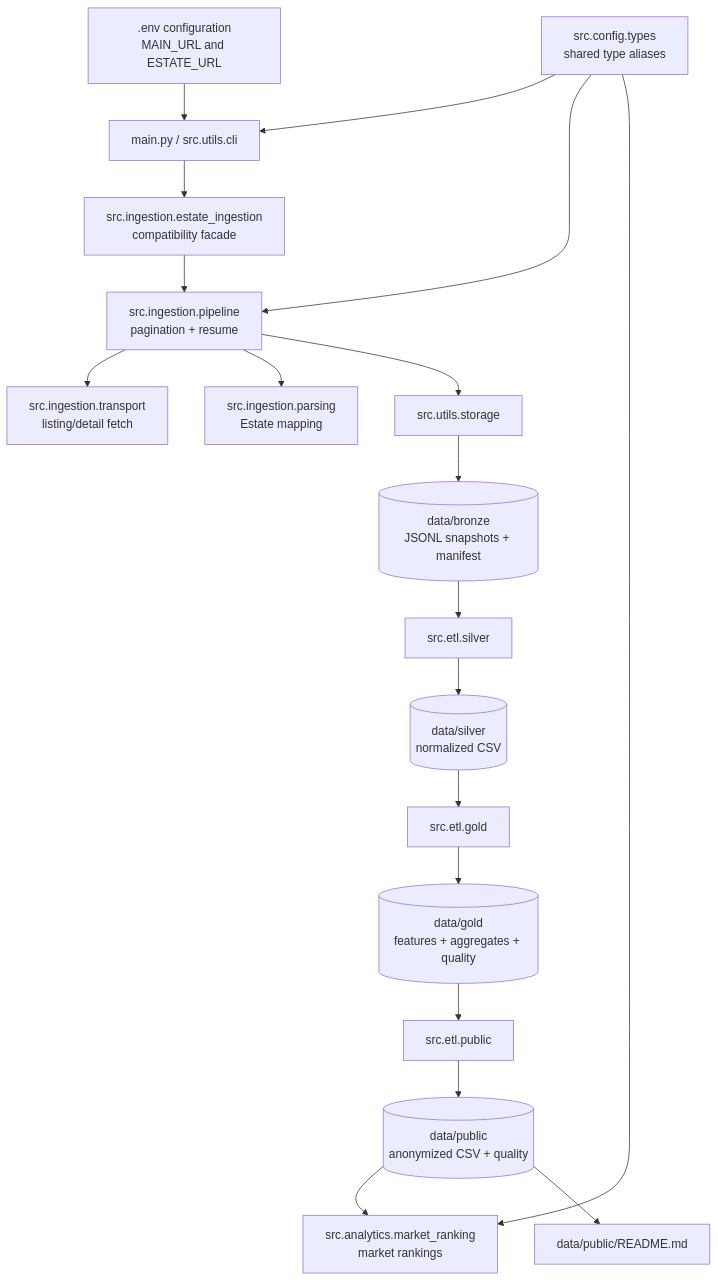
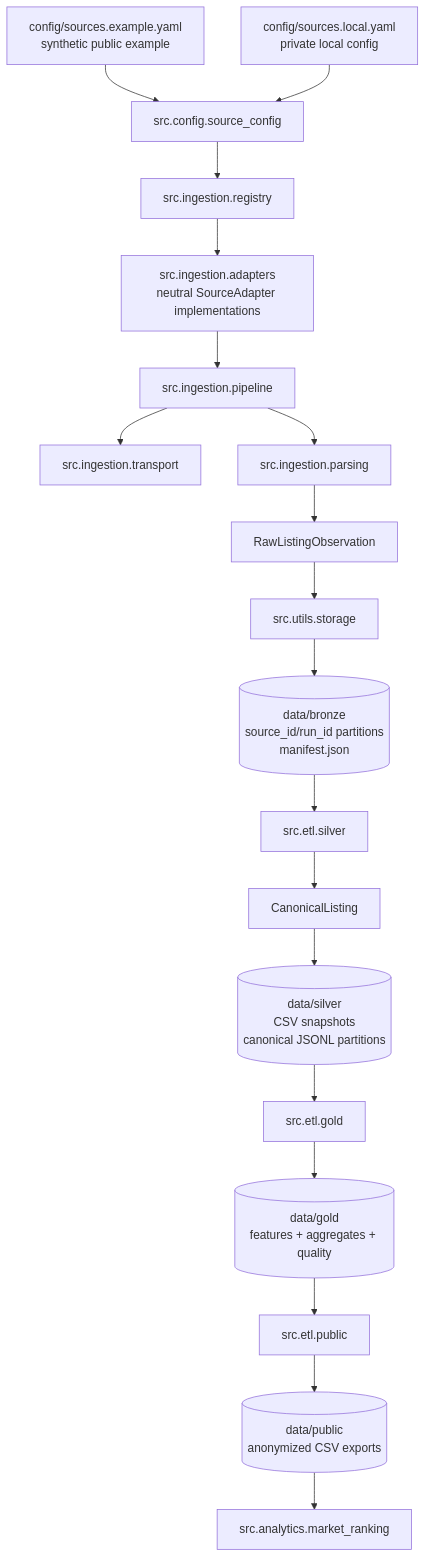
The diagram in docs/data-pipeline.md (bi3lu/polish-real-estate-price-aggregates), drawn with Mermaid before and after one commit. The commit also changed other lines of this file and 49 other files, not shown here.

````diff
--- a/docs/data-pipeline.md
+++ b/docs/data-pipeline.md
@@ -3,39 +3,41 @@
 ```mermaid
 flowchart TD
-    env[.env configuration<br/>MAIN_URL and ESTATE_URL]
-    config_types[src.config.types<br/>shared type aliases]
-    cli[main.py / src.utils.cli]
-    ingestion[src.ingestion.estate_ingestion<br/>compatibility facade]
-    ingestion_pipeline[src.ingestion.pipeline<br/>pagination + resume]
-    ingestion_transport[src.ingestion.transport<br/>listing/detail fetch]
-    ingestion_parsing[src.ingestion.parsing<br/>Estate mapping]
+    example_config[config/sources.example.yaml<br/>synthetic public example]
+    local_config[config/sources.local.yaml<br/>private local config]
+    config_loader[src.config.source_config]
+    registry[src.ingestion.registry]
+    adapters[src.ingestion.adapters<br/>neutral SourceAdapter implementations]
+    pipeline[src.ingestion.pipeline]
+    transport[src.ingestion.transport]
+    parsing[src.ingestion.parsing]
+    raw_model[RawListingObservation]
     bronze_storage[src.utils.storage]
-    bronze[(data/bronze<br/>JSONL snapshots + manifest)]
+    bronze[(data/bronze<br/>source_id/run_id partitions<br/>manifest.json)]
     silver_etl[src.etl.silver]
-    silver[(data/silver<br/>normalized CSV)]
+    canonical[CanonicalListing]
+    silver[(data/silver<br/>CSV snapshots<br/>canonical JSONL partitions)]
     gold_etl[src.etl.gold]
     gold[(data/gold<br/>features + aggregates + quality)]
     public_etl[src.etl.public]
-    public[(data/public<br/>anonymized CSV + quality)]
-    market_ranking[src.analytics.market_ranking<br/>market rankings]
-    public_readme[data/public/README.md]
+    public[(data/public<br/>anonymized CSV exports)]
+    ranking[src.analytics.market_ranking]
 
-    env --> cli
-    config_types --> cli
-    config_types --> ingestion_pipeline
-    config_types --> market_ranking
-    cli --> ingestion
-    ingestion --> ingestion_pipeline
-    ingestion_pipeline --> ingestion_transport
-    ingestion_pipeline --> ingestion_parsing
-    ingestion_pipeline --> bronze_storage
+    example_config --> config_loader
+    local_config --> config_loader
+    config_loader --> registry
+    registry --> adapters
+    adapters --> pipeline
+    pipeline --> transport
+    pipeline --> parsing
+    parsing --> raw_model
+    raw_model --> bronze_storage
     bronze_storage --> bronze
     bronze --> silver_etl
-    silver_etl --> silver
+    silver_etl --> canonical
+    canonical --> silver
     silver --> gold_etl
     gold_etl --> gold
     gold --> public_etl
     public_etl --> public
-    public --> market_ranking
-    public --> public_readme
+    public --> ranking
 ```
````
